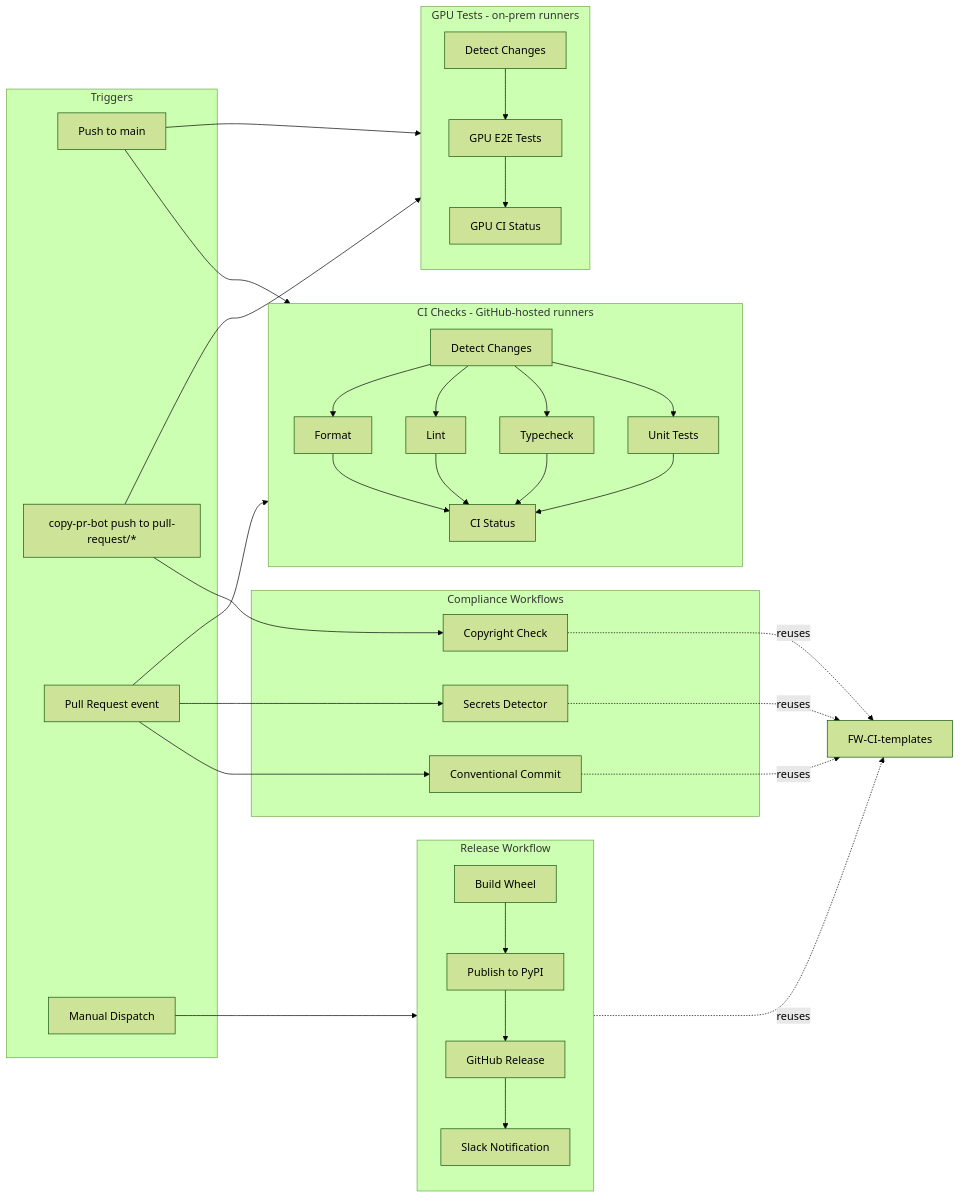
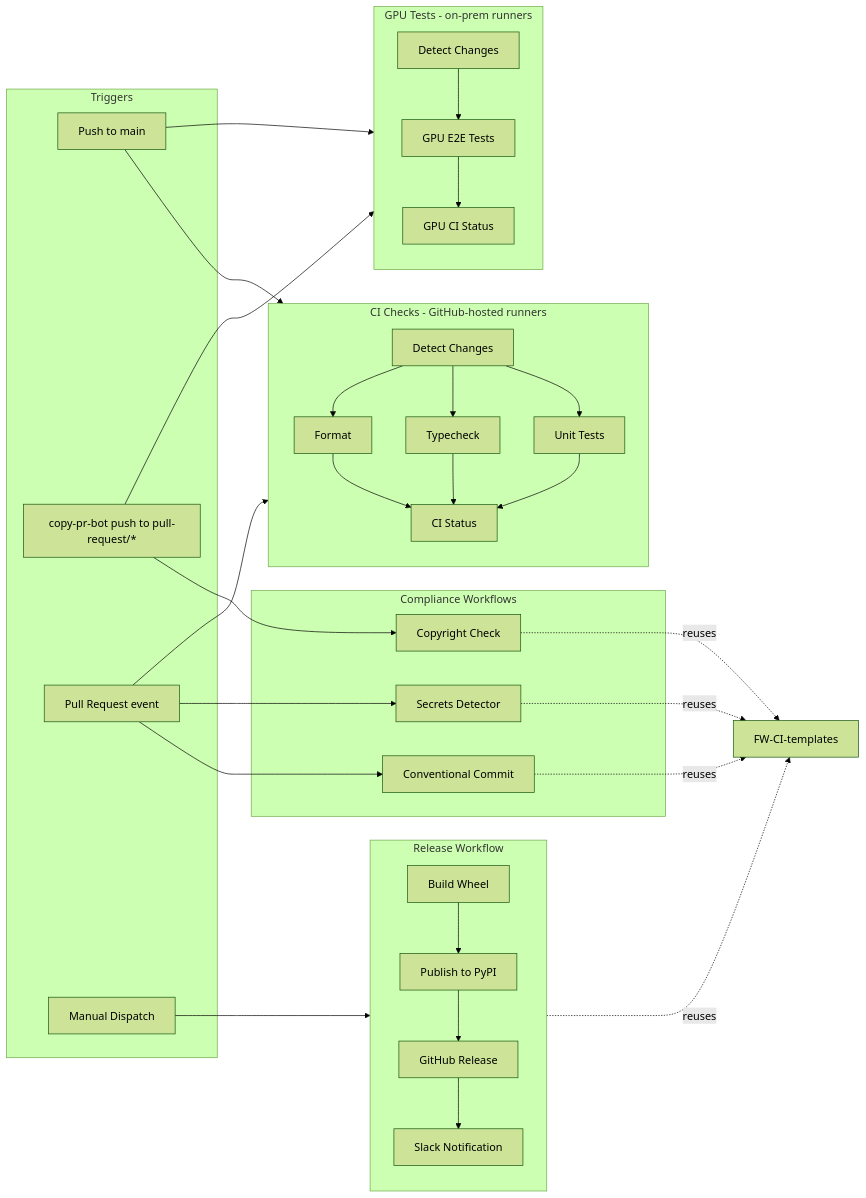
One commit to NVIDIA-NeMo/Safe-Synthesizer changed the diagram in .github/workflows/README.md. Above: the diagram before and after it, drawn with Mermaid (forest theme). The commit also changed other lines of this file and 17 other files, not shown here.

````diff
--- a/.github/workflows/README.md
+++ b/.github/workflows/README.md
@@ -38,52 +38,51 @@
 ```mermaid
 flowchart LR
     subgraph triggers [Triggers]
         push[Push to main]
         cpb[copy-pr-bot push to pull-request/*]
         pr[Pull Request event]
         manual[Manual Dispatch]
     end
 
     subgraph ci [CI Checks - GitHub-hosted runners]
         changes_ci[Detect Changes]
         format[Format]
-        lint[Lint]
         typecheck[Typecheck]
         unit[Unit Tests]
         ci_status[CI Status]
-        changes_ci --> format & lint & typecheck & unit
-        format & lint & typecheck & unit --> ci_status
+        changes_ci --> format & typecheck & unit
+        format & typecheck & unit --> ci_status
     end
 
     subgraph gpu [GPU Tests - on-prem runners]
         changes_gpu[Detect Changes]
         e2e[GPU E2E Tests]
         gpu_status[GPU CI Status]
         changes_gpu --> e2e --> gpu_status
     end
 
     subgraph compliance [Compliance Workflows]
         conventional[Conventional Commit]
         secrets[Secrets Detector]
         copyright[Copyright Check]
     end
 
     subgraph release [Release Workflow]
         buildWheel[Build Wheel]
         publishPyPI[Publish to PyPI]
         ghRelease[GitHub Release]
         slackNotify[Slack Notification]
     end
 
     push --> ci & gpu
     cpb --> gpu & copyright
     pr --> ci & conventional & secrets
     manual --> release
 
     buildWheel --> publishPyPI --> ghRelease --> slackNotify
 
     conventional -.->|reuses| FW-CI-templates
     secrets -.->|reuses| FW-CI-templates
     copyright -.->|reuses| FW-CI-templates
     release -.->|reuses| FW-CI-templates
 ```
````
